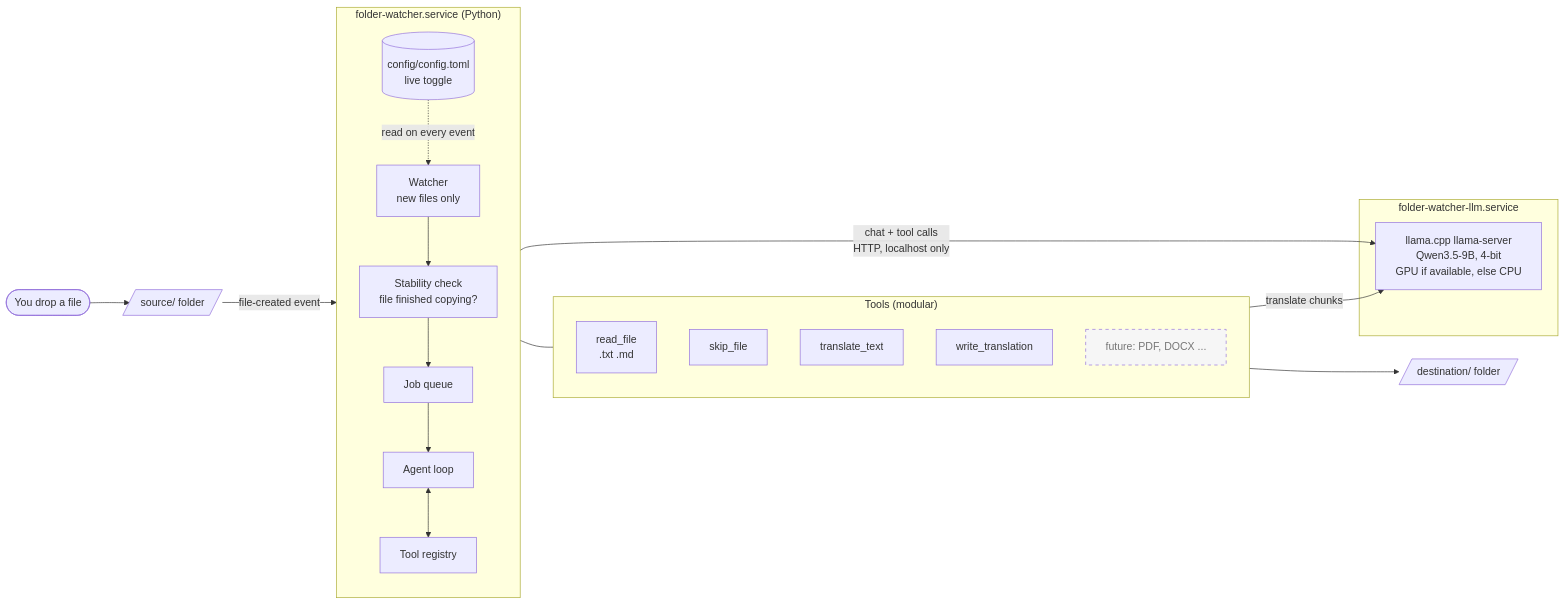
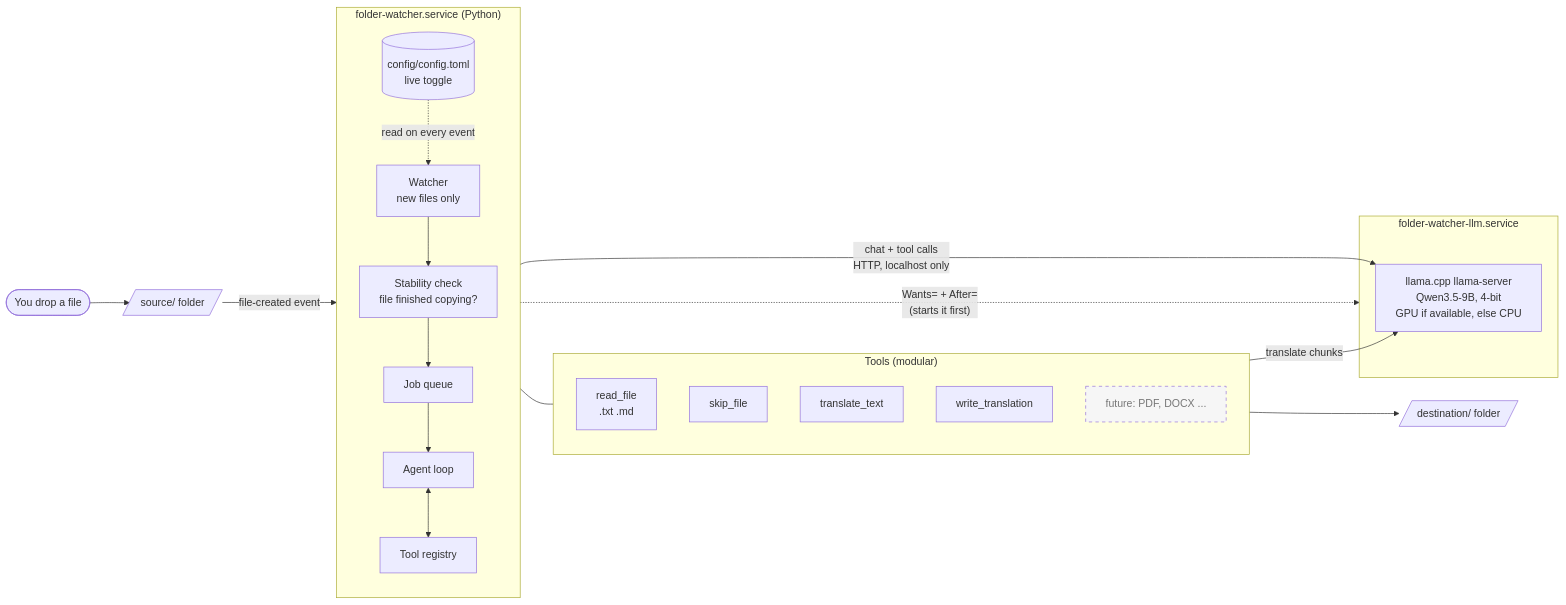
The first of 2 diagrams in README.md (frozenfussion/folder_watcher), drawn with Mermaid before and after one commit. The commit also changed other lines of this file and 3 other files, not shown here.

First line of the commit message:
Use Wants= for the watcher unit; add restart.sh and service controls to README

````diff
--- a/README.md
+++ b/README.md
@@ -24,36 +24,38 @@
 ```mermaid
 flowchart LR
     U([You drop a file]) --> S[/source/ folder/]
 
     subgraph WATCHER["folder-watcher.service (Python)"]
         direction TB
         W[Watcher<br/>new files only] --> ST[Stability check<br/>file finished copying?]
         ST --> Q[Job queue]
         Q --> A[Agent loop]
         A <--> R[Tool registry]
         CFG[(config/config.toml<br/>live toggle)] -. read on every event .-> W
     end
+
+    WATCHER -. "Wants= + After=<br/>(starts it first)" .-> LLM
 
     S -- file-created event --> W
 
     subgraph TOOLS["Tools (modular)"]
         direction TB
         T1[read_file<br/>.txt .md]
         T2[skip_file]
         T3[translate_text]
         T4[write_translation]
         T5[future: PDF, DOCX ...]:::future
     end
 
     R --- TOOLS
 
     subgraph LLM["folder-watcher-llm.service"]
         M[llama.cpp llama-server<br/>Qwen3.5-9B, 4-bit<br/>GPU if available, else CPU]
     end
 
     A -- "chat + tool calls<br/>HTTP, localhost only" --> M
     T3 -- "translate chunks" --> M
     T4 --> D[/destination/ folder/]
 
     classDef future stroke-dasharray: 5 5,fill:#f6f6f6,color:#777;
 ```
````
